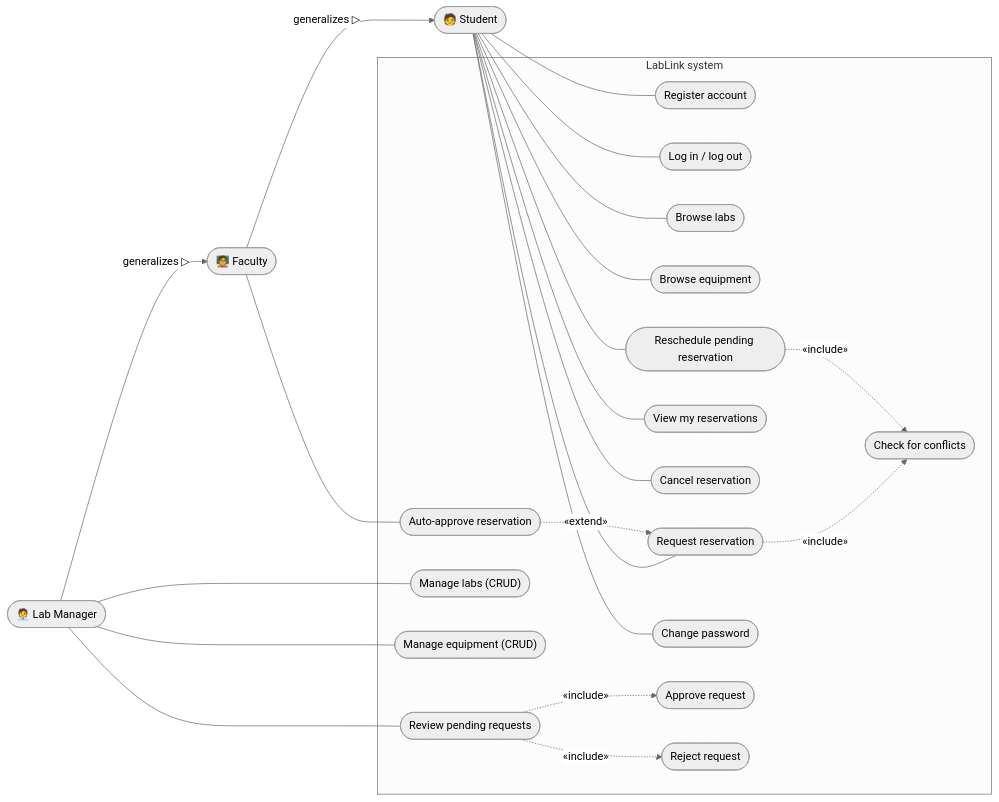
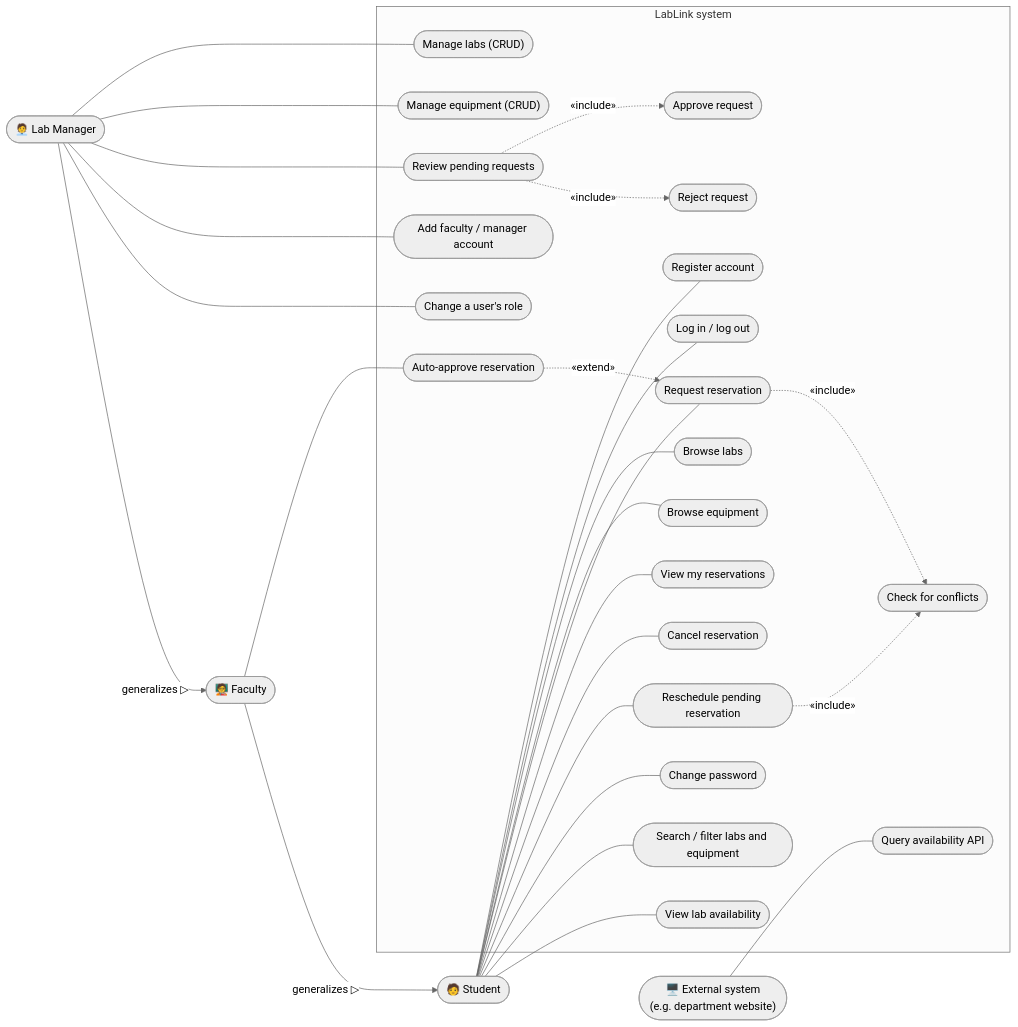
Before and after one commit to westonm05/Reservation-Project: the first of 8 diagrams in docs/uml.md, drawn with Mermaid (neutral theme). The commit also changed other lines of this file and 7 other files, not shown here.

First line of the commit message:
docs: close out Milestone 3 - burndown, progress, UML, plan and workflow (#14)

````diff
--- a/docs/uml.md
+++ b/docs/uml.md
@@ -21,37 +25,44 @@
 ```mermaid
 flowchart LR
     student(["🧑 Student"])
     faculty(["🧑‍🏫 Faculty"])
     manager(["🧑‍💼 Lab Manager"])
+    external(["🖥️ External system<br/>(e.g. department website)"])
 
     subgraph LabLink["LabLink system"]
         UC1(["Register account"])
         UC2(["Log in / log out"])
         UC3(["Browse labs"])
         UC4(["Browse equipment"])
         UC5(["Request reservation"])
         UC6(["View my reservations"])
         UC7(["Cancel reservation"])
         UC14(["Reschedule pending reservation"])
         UC15(["Change password"])
+        UC16(["Search / filter labs and equipment"])
+        UC17(["View lab availability"])
+        UC18(["Add faculty / manager account"])
+        UC19(["Change a user's role"])
+        UC20(["Query availability API"])
         UC13(["Auto-approve reservation"])
         UC8(["Manage labs (CRUD)"])
         UC9(["Manage equipment (CRUD)"])
         UC10(["Review pending requests"])
         UC5a(["Check for conflicts"])
         UC11(["Approve request"])
         UC12(["Reject request"])
     end
 
-    student --- UC1 & UC2 & UC3 & UC4 & UC5 & UC6 & UC7 & UC14 & UC15
+    student --- UC1 & UC2 & UC3 & UC4 & UC5 & UC6 & UC7 & UC14 & UC15 & UC16 & UC17
     faculty --- UC13
-    manager --- UC8 & UC9 & UC10
+    manager --- UC8 & UC9 & UC10 & UC18 & UC19
+    external --- UC20
     faculty -- "generalizes ▷" --> student
     manager -- "generalizes ▷" --> faculty
 
     UC5 -. "«include»" .-> UC5a
     UC13 -. "«extend»" .-> UC5
     UC10 -. "«include»" .-> UC11
     UC10 -. "«include»" .-> UC12
     UC14 -. "«include»" .-> UC5a
 ```
````
